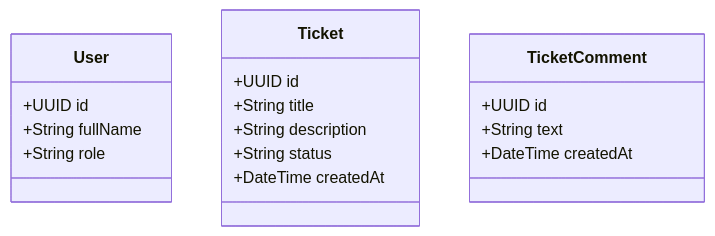
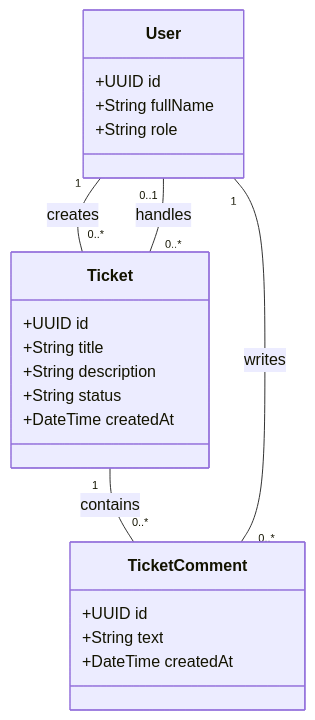
One commit to tsenturion/3517_Systems_Analyst_Advanced_Level changed the diagram in docs/design/05-information-model.md. Above: the diagram before and after it, drawn with Mermaid.

````diff
--- a/docs/design/05-information-model.md
+++ b/docs/design/05-information-model.md
@@ -34,22 +34,27 @@
 ```mermaid
 classDiagram
     class User {
         +UUID id
         +String fullName
         +String role
     }
 
     class Ticket {
         +UUID id
         +String title
         +String description
         +String status
         +DateTime createdAt
     }
 
     class TicketComment {
         +UUID id
         +String text
         +DateTime createdAt
     }
+
+    User "1" -- "0..*" Ticket : creates
+    User "0..1" -- "0..*" Ticket : handles
+    Ticket "1" -- "0..*" TicketComment : contains
+    User "1" -- "0..*" TicketComment : writes
 ```
````
